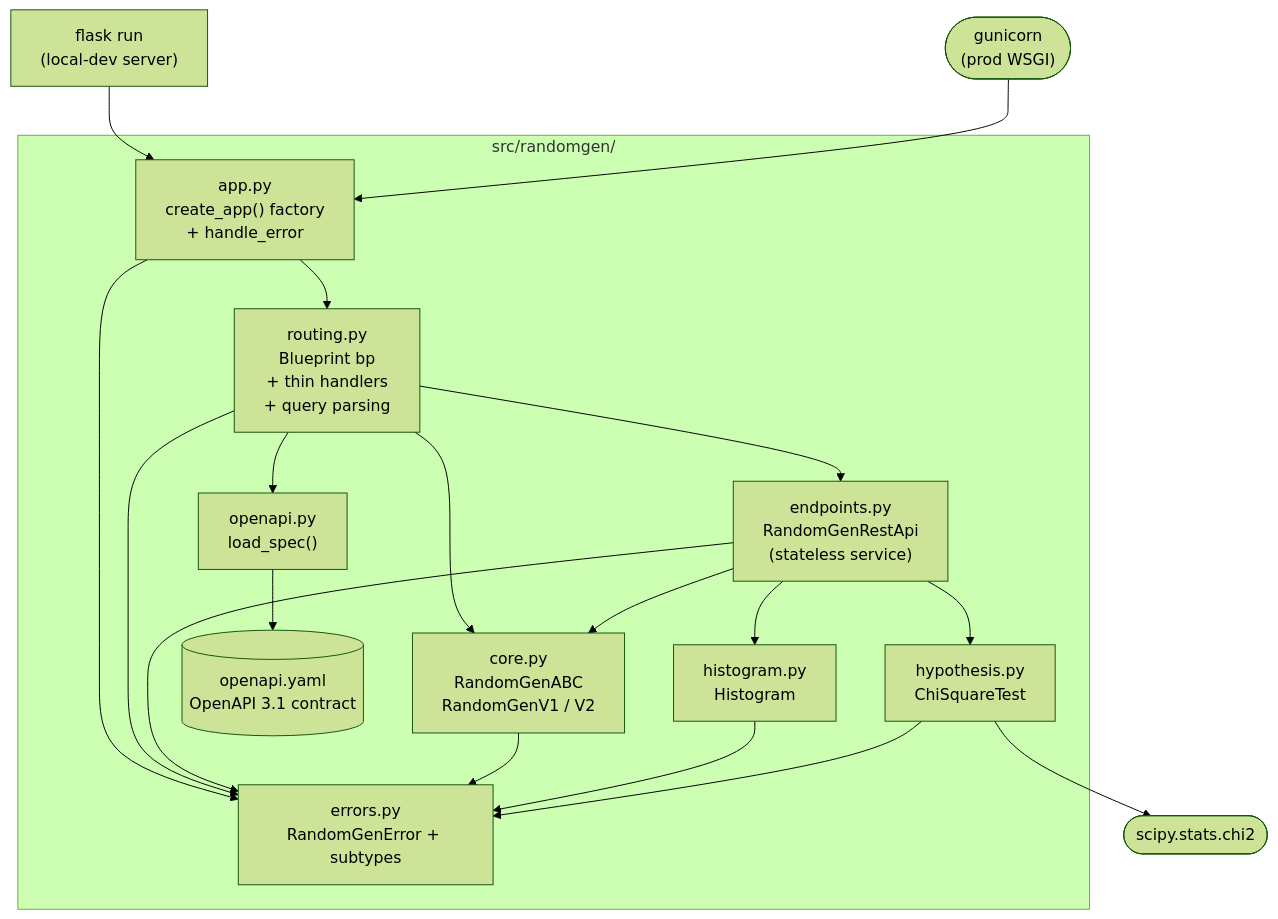
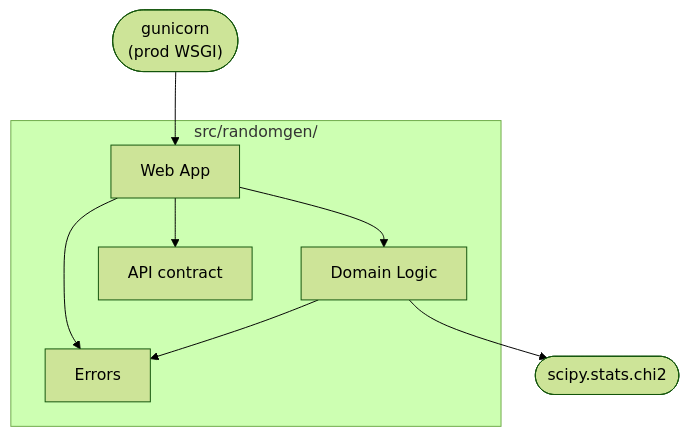
The diagram in docs/arc42/05-building-block-view.md (braboj/demo-randomgen), drawn with Mermaid (forest theme) before and after one commit. The commit also changed other lines of this file, not shown here.

````diff
--- a/docs/arc42/05-building-block-view.md
+++ b/docs/arc42/05-building-block-view.md
@@ -8,37 +8,19 @@
 ```mermaid
 flowchart TD
-    flaskcli["flask run<br/>(local-dev server)"]
     gunicorn(["gunicorn<br/>(prod WSGI)"])
+    scipy(["scipy.stats.chi2"])
 
     subgraph pkg["src/randomgen/"]
-        app["app.py<br/>create_app() factory<br/>+ handle_error"]
-        routing["routing.py<br/>Blueprint bp<br/>+ thin handlers<br/>+ query parsing"]
-        endpoints["endpoints.py<br/>RandomGenRestApi<br/>(stateless service)"]
-        core["core.py<br/>RandomGenABC<br/>RandomGenV1 / V2"]
-        histogram["histogram.py<br/>Histogram"]
-        hypothesis["hypothesis.py<br/>ChiSquareTest"]
-        openapi["openapi.py<br/>load_spec()"]
-        spec[("openapi.yaml<br/>OpenAPI 3.1 contract")]
-        errors["errors.py<br/>RandomGenError + subtypes"]
+        web["Web App"]
+        domain["Domain Logic"]
+        contract["API contract"]
+        errors["Errors"]
     end
 
-    scipy(["scipy.stats.chi2"])
-
-    flaskcli --> app
-    gunicorn --> app
-    app --> routing
-    app --> errors
-    routing --> endpoints
-    routing --> core
-    routing --> errors
-    routing --> openapi
-    openapi --> spec
-    endpoints --> core
-    endpoints --> histogram
-    endpoints --> hypothesis
-    endpoints --> errors
-    core --> errors
-    histogram --> errors
-    hypothesis --> errors
-    hypothesis --> scipy
+    gunicorn --> web
+    web --> domain
+    web --> contract
+    web --> errors
+    domain --> errors
+    domain --> scipy
 ```
````
